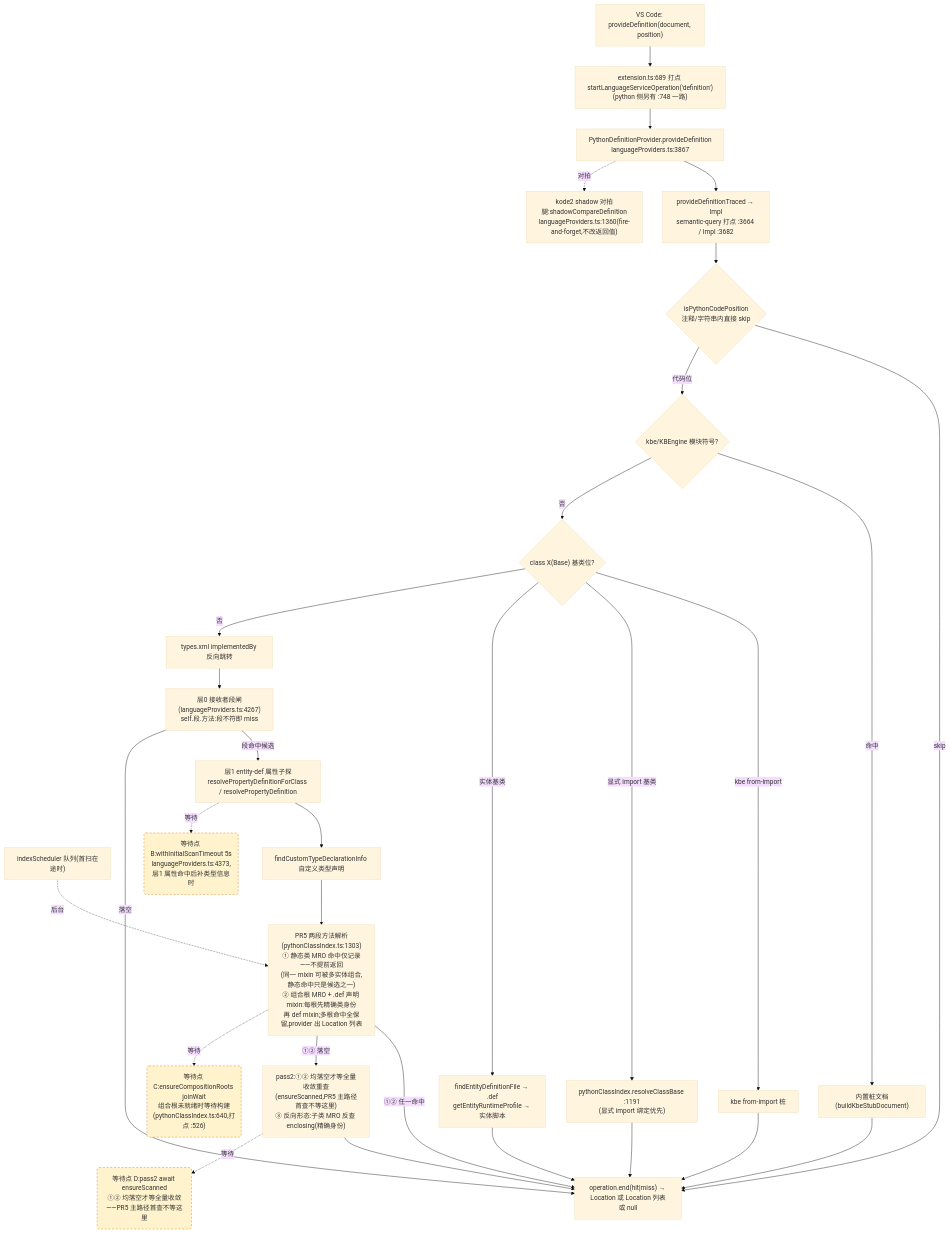
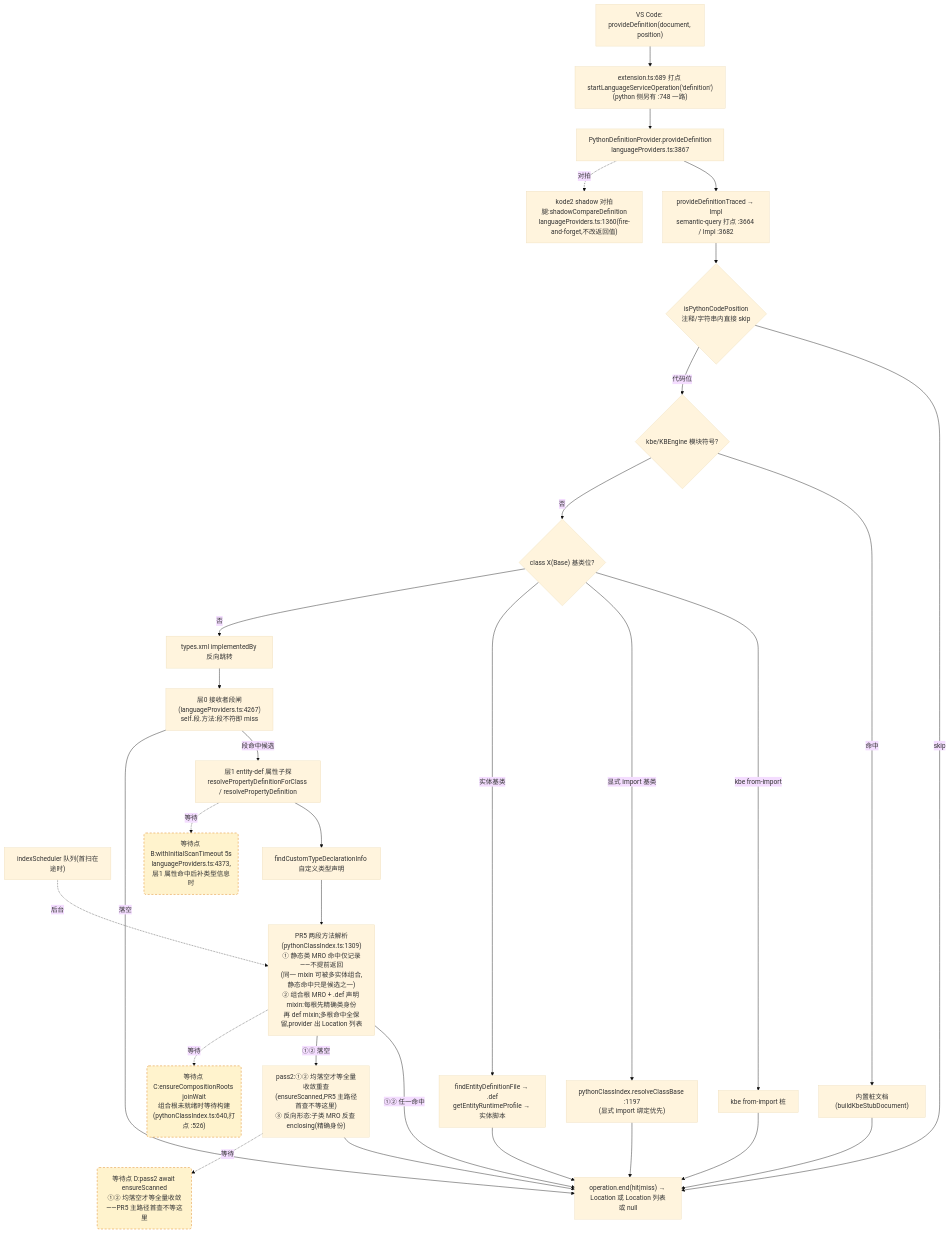
Before and after one commit to cuihairu/kode: the second of 4 diagrams in docs/perf/2026-baseline.md, drawn with Mermaid (base theme). The commit also changed 3 other files, not shown here.

````diff
--- a/docs/perf/2026-baseline.md
+++ b/docs/perf/2026-baseline.md
@@ -130,51 +130,51 @@
 ```mermaid
 flowchart TD
   VC2["VS Code: provideDefinition(document, position)"]
   M2["extension.ts:689 打点 startLanguageServiceOperation('definition')<br/>(python 侧另有 :748 一路)"]
   AD2["PythonDefinitionProvider.provideDefinition<br/>languageProviders.ts:3867"]
   TR["provideDefinitionTraced → Impl<br/>semantic-query 打点 :3664 / Impl :3682"]
   CTX{"isPythonCodePosition<br/>注释/字符串内直接 skip"}
   KBE{"kbe/KBEngine 模块符号?"}
   STUB["内置桩文档(buildKbeStubDocument)"]
   CB{"class X(Base) 基类位?"}
   CB1["kbe from-import 桩"]
-  CB2["pythonClassIndex.resolveClassBase :1191<br/>(显式 import 绑定优先)"]
+  CB2["pythonClassIndex.resolveClassBase :1197<br/>(显式 import 绑定优先)"]
   CB3["findEntityDefinitionFile → .def<br/>getEntityRuntimeProfile → 实体脚本"]
   REV["types.xml implementedBy 反向跳转"]
   L0["层0 接收者段闸(languageProviders.ts:4267)<br/>self.段.方法:段不符即 miss"]
   L1["层1 entity-def 属性子探<br/>resolvePropertyDefinitionForClass / resolvePropertyDefinition"]
   SCAN["indexScheduler 队列(首扫在途时)"]
   TY["findCustomTypeDeclarationInfo 自定义类型声明"]
-  MRO["PR5 两段方法解析(pythonClassIndex.ts:1303)<br/>① 静态类 MRO 命中仅记录——不提前返回<br/>(同一 mixin 可被多实体组合,静态命中只是候选之一)<br/>② 组合根 MRO + .def 声明 mixin:每根先精确类身份<br/>再 def mixin;多根命中全保留,provider 出 Location 列表"]
+  MRO["PR5 两段方法解析(pythonClassIndex.ts:1309)<br/>① 静态类 MRO 命中仅记录——不提前返回<br/>(同一 mixin 可被多实体组合,静态命中只是候选之一)<br/>② 组合根 MRO + .def 声明 mixin:每根先精确类身份<br/>再 def mixin;多根命中全保留,provider 出 Location 列表"]
   PASS2["pass2:①② 均落空才等全量收敛重查<br/>(ensureScanned,PR5 主路径首查不等这里)<br/>③ 反向形态:子类 MRO 反查 enclosing(精确身份)"]
   SHD["kode2 shadow 对拍腿:shadowCompareDefinition<br/>languageProviders.ts:1360(fire-and-forget,不改返回值)"]
   END2["operation.end(hit|miss) → Location 或 Location 列表或 null"]
 
   VC2 --> M2 --> AD2 --> TR --> CTX
   CTX -- "skip" --> END2
   CTX -- "代码位" --> KBE
   KBE -- "命中" --> STUB --> END2
   KBE -- "否" --> CB
   CB -- "kbe from-import" --> CB1 --> END2
   CB -- "显式 import 基类" --> CB2 --> END2
   CB -- "实体基类" --> CB3 --> END2
   CB -- "否" --> REV --> L0
   L0 -- "段命中候选" --> L1
   L0 -- "落空" --> END2
   L1 --> TY
   TY --> MRO
   MRO -- "①② 任一命中" --> END2
   MRO -- "①② 落空" --> PASS2 --> END2
   AD2 -.->|对拍| SHD
 
   WAITB("等待点 B:withInitialScanTimeout 5s<br/>languageProviders.ts:4373,层1 属性命中后补类型信息时")
   WAITC("等待点 C:ensureCompositionRoots joinWait<br/>组合根未就绪时等待构建(pythonClassIndex.ts:640,打点 :526)")
   WAITD("等待点 D:pass2 await ensureScanned<br/>①② 均落空才等全量收敛——PR5 主路径首查不等这里")
   L1 -.->|等待| WAITB
   MRO -.->|等待| WAITC
   PASS2 -.->|等待| WAITD
   SCAN -.->|后台| MRO
 
   classDef waitPoint fill:#fff3cd,stroke:#d97706,stroke-dasharray:5 4;
   class WAITB,WAITC,WAITD waitPoint;
 ```
````
